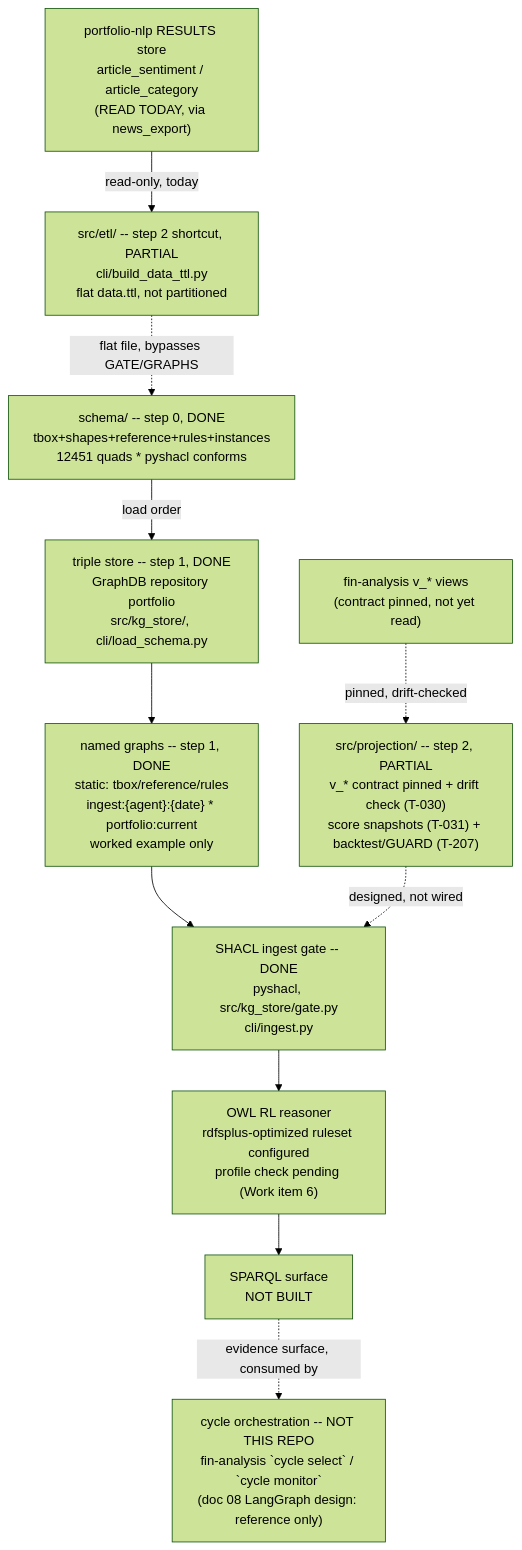
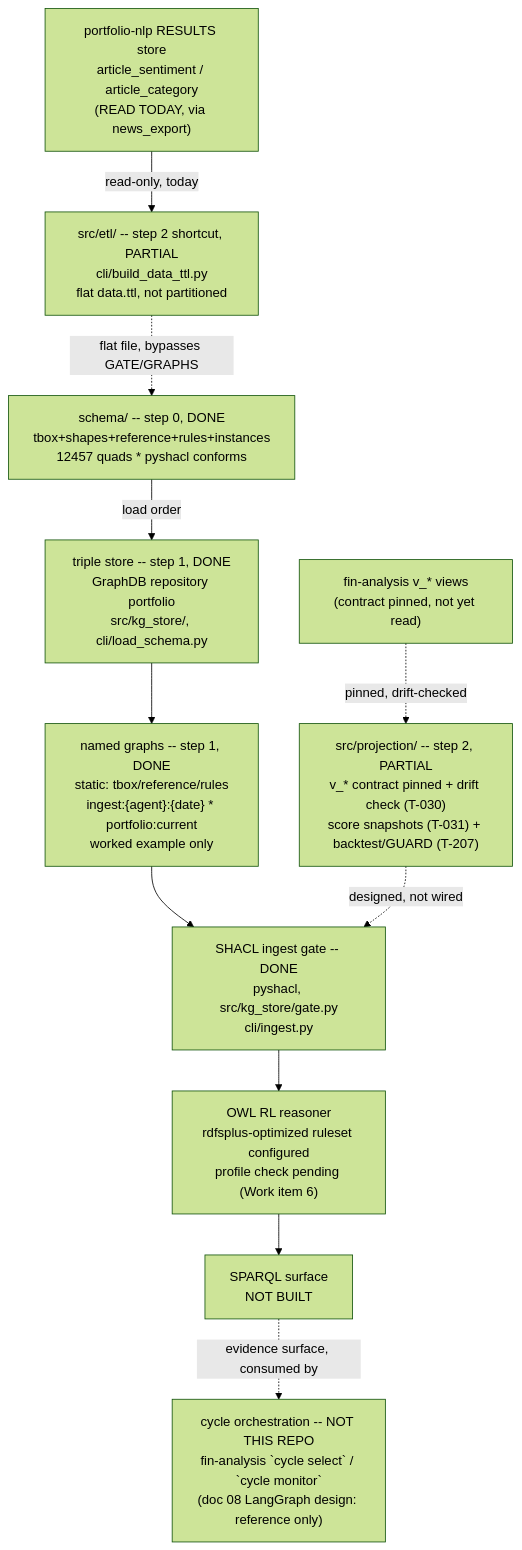
The diagram in .specify/memory/SPEC.md (gamug/portfolio-knowledge-graph), drawn with Mermaid (forest theme) before and after one commit. The commit also changed other lines of this file and 22 other files, not shown here.

````diff
--- a/.specify/memory/SPEC.md
+++ b/.specify/memory/SPEC.md
@@ -1055,22 +1055,22 @@
 ```mermaid
 flowchart TB
-    SCHEMA["schema/ -- step 0, DONE<br/>tbox+shapes+reference+rules+instances<br/>12451 quads * pyshacl conforms"]
+    SCHEMA["schema/ -- step 0, DONE<br/>tbox+shapes+reference+rules+instances<br/>12457 quads * pyshacl conforms"]
     STORE["triple store -- step 1, DONE<br/>GraphDB repository portfolio<br/>src/kg_store/, cli/load_schema.py"]
     GRAPHS["named graphs -- step 1, DONE<br/>static: tbox/reference/rules<br/>ingest:{agent}:{date} * portfolio:current<br/>worked example only"]
     GATE["SHACL ingest gate -- DONE<br/>pyshacl, src/kg_store/gate.py<br/>cli/ingest.py"]
     PROJ["src/projection/ -- step 2, PARTIAL<br/>v_* contract pinned + drift check (T-030)<br/>score snapshots (T-031) + backtest/GUARD (T-207)"]
     FIN["fin-analysis v_* views<br/>(contract pinned, not yet read)"]
     NLPRES["portfolio-nlp RESULTS store<br/>article_sentiment / article_category<br/>(READ TODAY, via news_export)"]
     ETL["src/etl/ -- step 2 shortcut, PARTIAL<br/>cli/build_data_ttl.py<br/>flat data.ttl, not partitioned"]
     REASON["OWL RL reasoner<br/>rdfsplus-optimized ruleset configured<br/>profile check pending (Work item 6)"]
     SPARQL["SPARQL surface<br/>NOT BUILT"]
     AGENTS["cycle orchestration -- NOT THIS REPO<br/>fin-analysis `cycle select` / `cycle monitor`<br/>(doc 08 LangGraph design: reference only)"]
 
     SCHEMA -->|load order| STORE --> GRAPHS --> GATE
     FIN -.->|pinned, drift-checked| PROJ
     PROJ -.->|designed, not wired| GATE
     NLPRES -->|read-only, today| ETL
     ETL -.->|flat file, bypasses GATE/GRAPHS| SCHEMA
     GATE --> REASON --> SPARQL
     SPARQL -.->|evidence surface, consumed by| AGENTS
 ```
````
